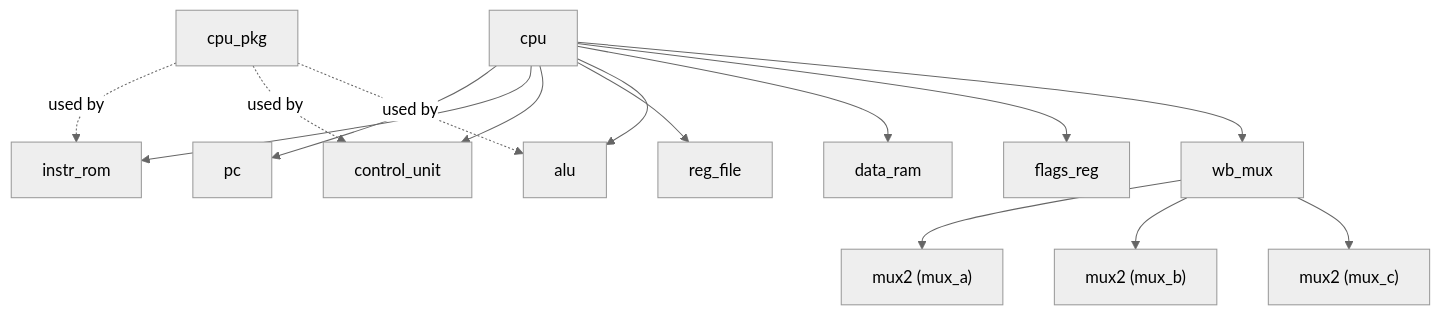
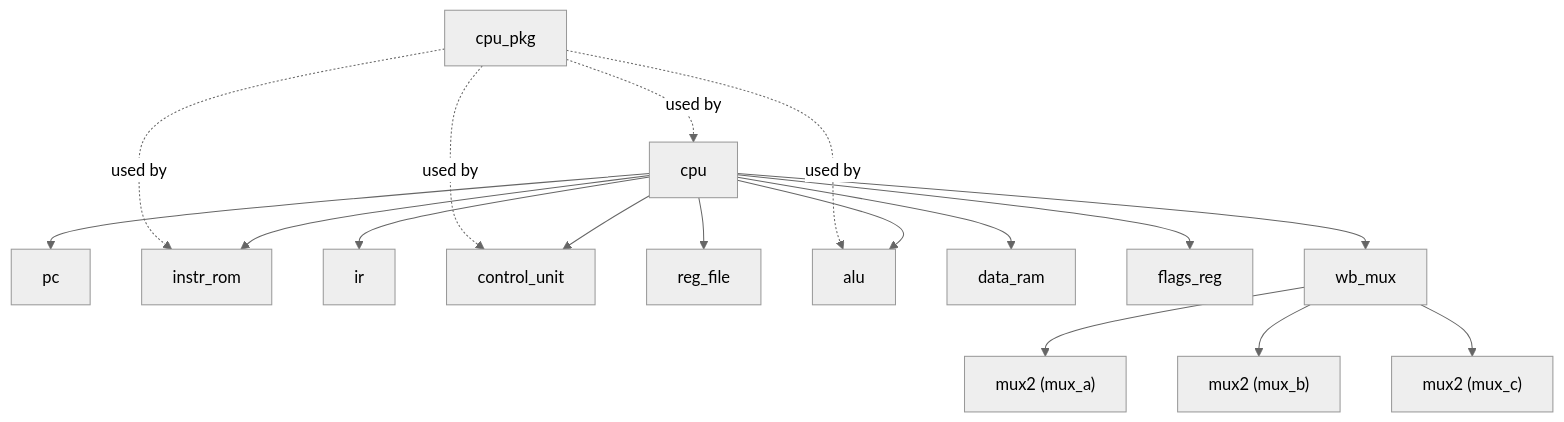
The fourth of 4 diagrams in README.md (Johnyzour/8-bit-cpu), drawn with Mermaid (neutral theme) before and after one commit. The commit also changed other lines of this file and 7 other files, not shown here.

````diff
--- a/README.md
+++ b/README.md
@@ -300,17 +318,19 @@
 ```mermaid
 flowchart TD
     CPU["cpu"] --> PC["pc"]
     CPU --> ROM["instr_rom"]
+    CPU --> IR["ir"]
     CPU --> CU["control_unit"]
     CPU --> RF["reg_file"]
     CPU --> ALU["alu"]
     CPU --> RAM["data_ram"]
     CPU --> FL["flags_reg"]
     CPU --> WB["wb_mux"]
     WB --> M1["mux2 (mux_a)"]
     WB --> M2["mux2 (mux_b)"]
     WB --> M3["mux2 (mux_c)"]
     PKG["cpu_pkg"] -. used by .-> ROM
     PKG -. used by .-> CU
     PKG -. used by .-> ALU
+    PKG -. used by .-> CPU
 ```
````
